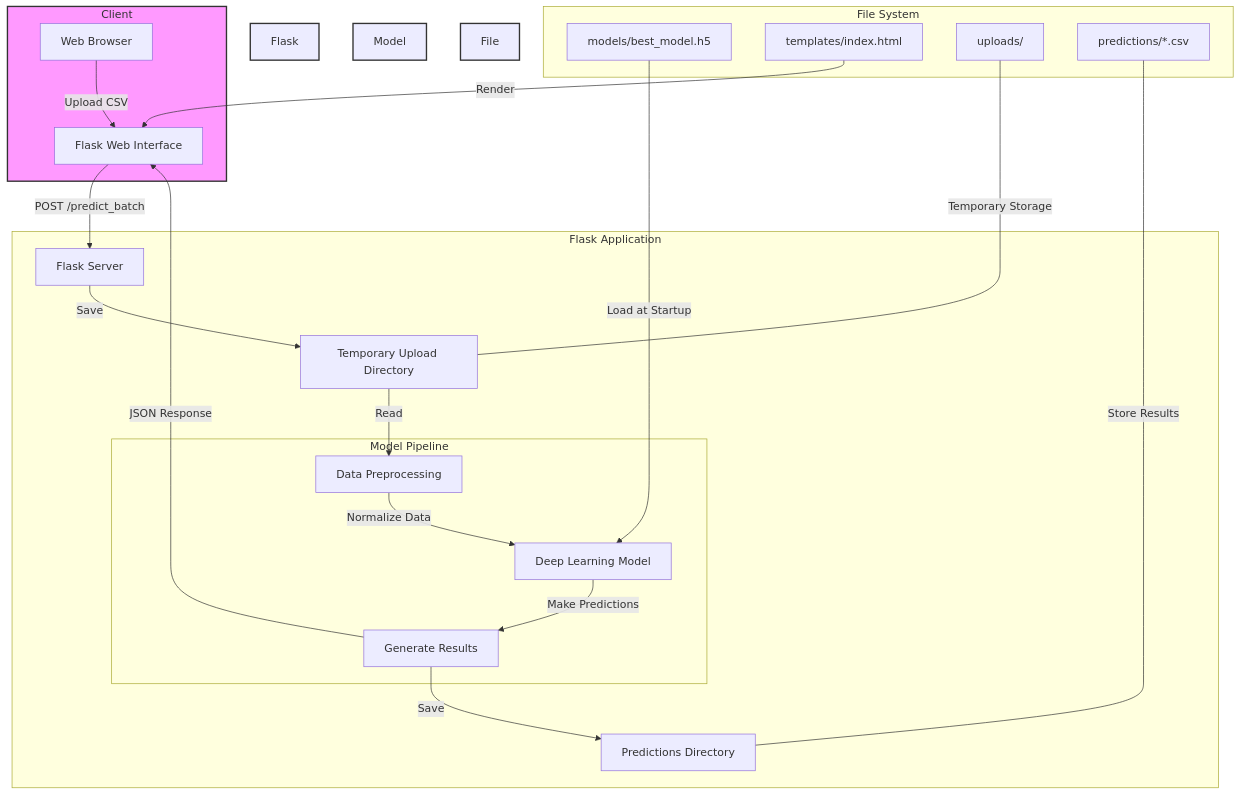
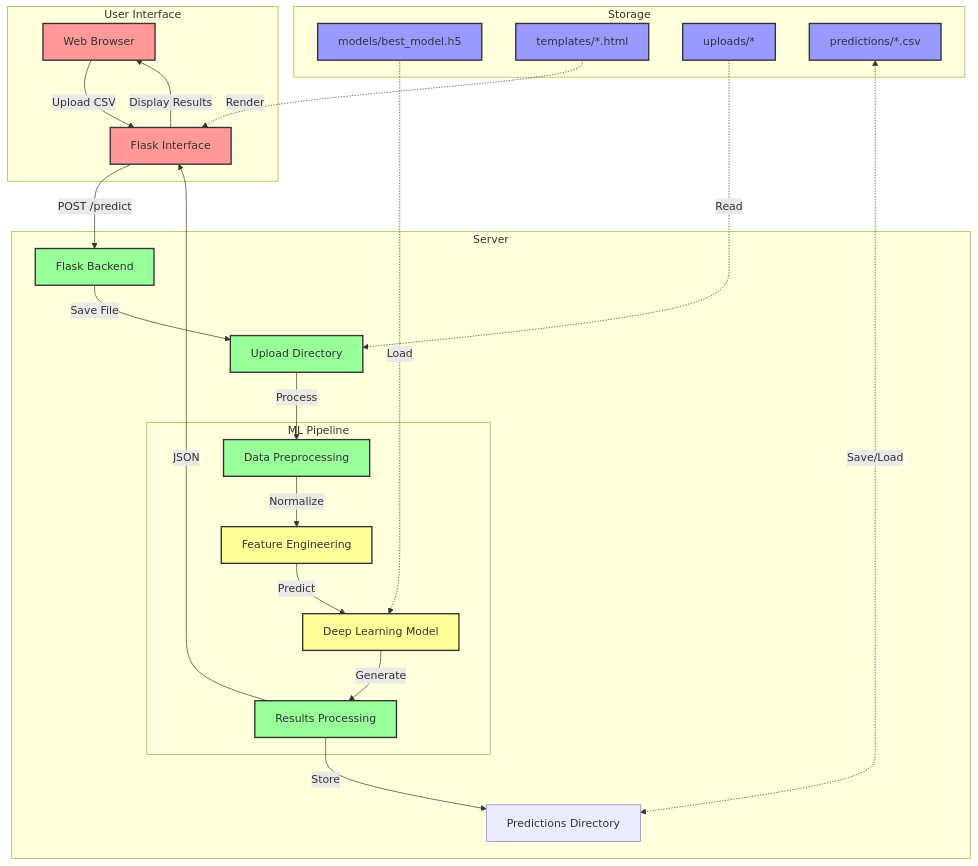
Before and after one commit to ogshivam/placementdata_mlp: the first of 2 diagrams in README.md, drawn with Mermaid. The commit also changed other lines of this file, not shown here.

````diff
--- a/README.md
+++ b/README.md
@@ -122,32 +119,39 @@
 ```mermaid
 graph TD
-    subgraph Client
-        A[Web Browser] -->|Upload CSV| B[Flask Web Interface]
+    subgraph User Interface
+        A[Web Browser] -->|Upload CSV| B[Flask Interface]
+        B -->|Display Results| A
     end
 
-    subgraph Flask Application
-        B -->|POST /predict_batch| C[Flask Server]
-        C -->|Save| D[Temporary Upload Directory]
-        D -->|Read| E[Data Preprocessing]
+    subgraph Server
+        B -->|POST /predict| C[Flask Backend]
+        C -->|Save File| D[Upload Directory]
+        D -->|Process| E[Data Preprocessing]
         
-        subgraph Model Pipeline
-            E -->|Normalize Data| F[Deep Learning Model]
-            F -->|Make Predictions| G[Generate Results]
+        subgraph ML Pipeline
+            E -->|Normalize| F[Feature Engineering]
+            F -->|Predict| G[Deep Learning Model]
+            G -->|Generate| H[Results Processing]
         end
         
-        G -->|Save| H[Predictions Directory]
-        G -->|JSON Response| B
+        H -->|Store| I[Predictions Directory]
+        H -->|JSON| B
     end
 
-    subgraph File System
-        I[models/best_model.h5] -->|Load at Startup| F
-        J[templates/index.html] -->|Render| B
-        K[uploads/] ---|Temporary Storage| D
-        L[predictions/*.csv] ---|Store Results| H
+    subgraph Storage
+        J[models/best_model.h5] -.->|Load| G
+        K[templates/*.html] -.->|Render| B
+        L[uploads/*] -.->|Read| D
+        M[predictions/*.csv] <-.->|Save/Load| I
     end
 
-    style Client fill:#f9f,stroke:#333,stroke-width:2px
-    style Flask Application fill:#bbf,stroke:#333,stroke-width:2px
-    style Model Pipeline fill:#bfb,stroke:#333,stroke-width:2px
-    style File System fill:#fbb,stroke:#333,stroke-width:2px
+    classDef interface fill:#ff9999,stroke:#333,stroke-width:2px
+    classDef server fill:#99ff99,stroke:#333,stroke-width:2px
+    classDef storage fill:#9999ff,stroke:#333,stroke-width:2px
+    classDef pipeline fill:#ffff99,stroke:#333,stroke-width:2px
+    
+    class A,B interface
+    class C,D,E,H server
+    class F,G pipeline
+    class J,K,L,M storage
 ```
````
